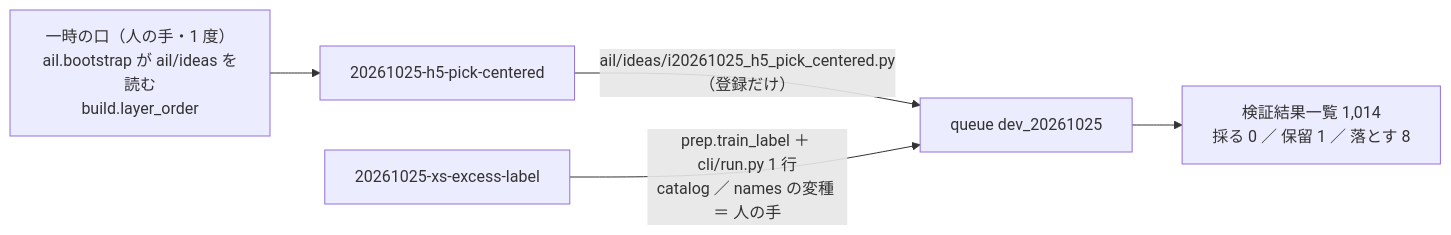
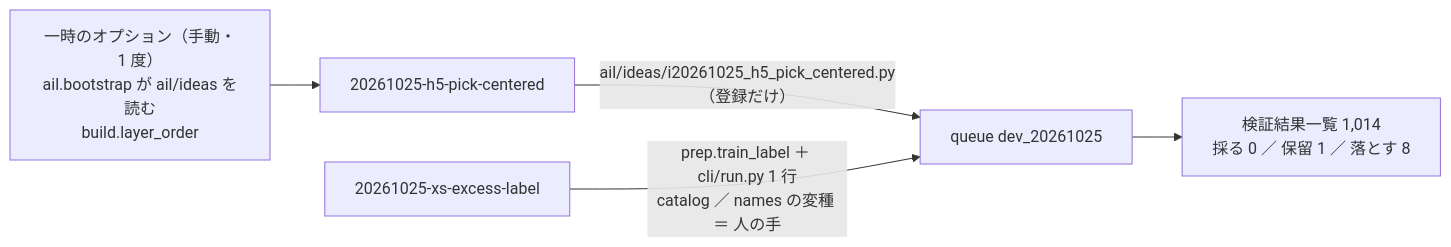
One commit to akiraak/ai-income-lab changed the second of 3 diagrams in docs/specs/experiments/dev-loop.md. Above: the diagram before and after it, drawn with Mermaid. The commit also changed other lines of this file and 45 other files, not shown here.

````diff
--- a/docs/specs/experiments/dev-loop.md
+++ b/docs/specs/experiments/dev-loop.md
@@ -59,7 +59,7 @@
 ```mermaid
 flowchart LR
   I1["20261025-h5-pick-centered"] -->|"ail/ideas/i20261025_h5_pick_centered.py<br/>（登録だけ）"| Q["queue dev_20261025"]
   I2["20261025-xs-excess-label"] -->|"prep.train_label ＋ cli/run.py 1 行<br/>catalog ／ names の変種 ＝ 人の手"| Q
-  H["一時の口（人の手・1 度）<br/>ail.bootstrap が ail/ideas を読む<br/>build.layer_order"] --> I1
+  H["一時のオプション（手動・1 度）<br/>ail.bootstrap が ail/ideas を読む<br/>build.layer_order"] --> I1
   Q --> L["検証結果一覧 1,014<br/>採る 0 ／ 保留 1 ／ 落とす 8"]
 ```
````
